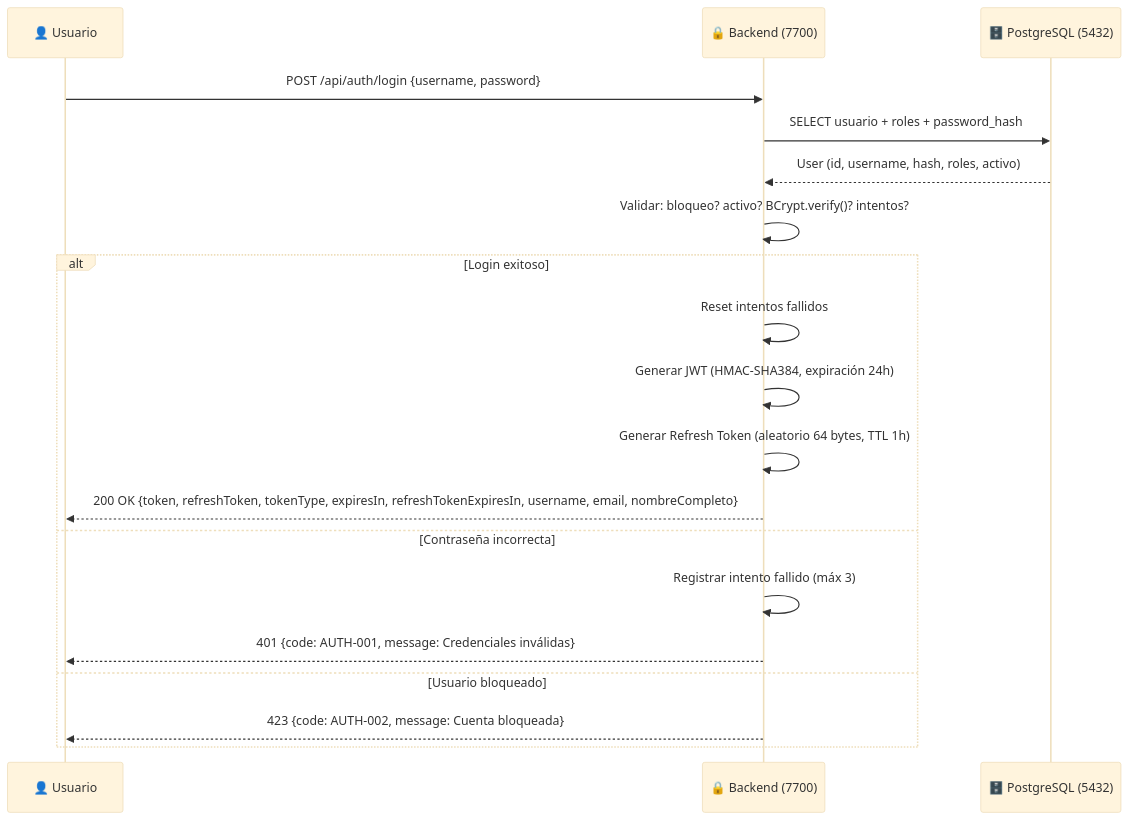
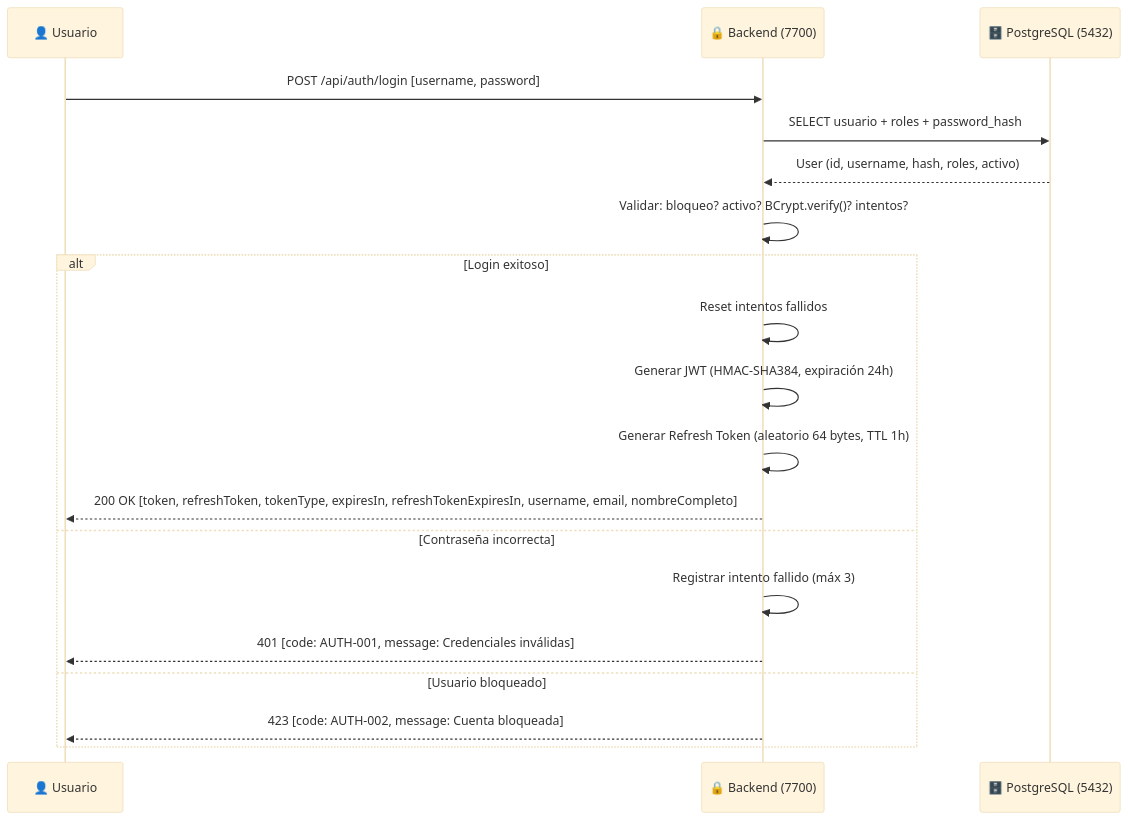
Before and after one commit to 42mrnobody42-alt/investment-tracker: the fourth of 14 diagrams in README.md, drawn with Mermaid (base theme). The commit also changed other lines of this file and 1 other file, not shown here.

````diff
--- a/README.md
+++ b/README.md
@@ -351,22 +434,22 @@
 ```mermaid
 sequenceDiagram
     participant U as 👤 Usuario
     participant B as 🔒 Backend (7700)
     participant DB as 🗄️ PostgreSQL (5432)
 
-    U->>B: POST /api/auth/login {username, password}
+    U->>B: POST /api/auth/login [username, password]
     B->>DB: SELECT usuario + roles + password_hash
     DB-->>B: User (id, username, hash, roles, activo)
     B->>B: Validar: bloqueo? activo? BCrypt.verify()? intentos?
     alt Login exitoso
         B->>B: Reset intentos fallidos
         B->>B: Generar JWT (HMAC-SHA384, expiración 24h)
         B->>B: Generar Refresh Token (aleatorio 64 bytes, TTL 1h)
-        B-->>U: 200 OK {token, refreshToken, tokenType, expiresIn, refreshTokenExpiresIn, username, email, nombreCompleto}
+        B-->>U: 200 OK [token, refreshToken, tokenType, expiresIn, refreshTokenExpiresIn, username, email, nombreCompleto]
     else Contraseña incorrecta
         B->>B: Registrar intento fallido (máx 3)
-        B-->>U: 401 {code: AUTH-001, message: Credenciales inválidas}
+        B-->>U: 401 [code: AUTH-001, message: Credenciales inválidas]
     else Usuario bloqueado
-        B-->>U: 423 {code: AUTH-002, message: Cuenta bloqueada}
+        B-->>U: 423 [code: AUTH-002, message: Cuenta bloqueada]
     end
 ```
````
